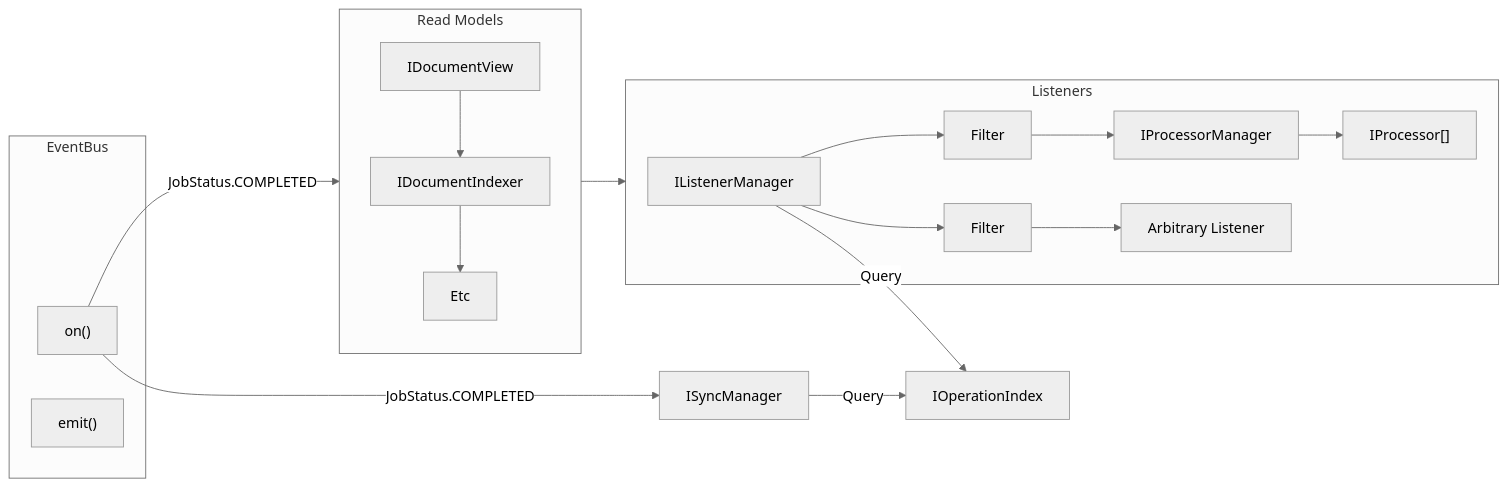
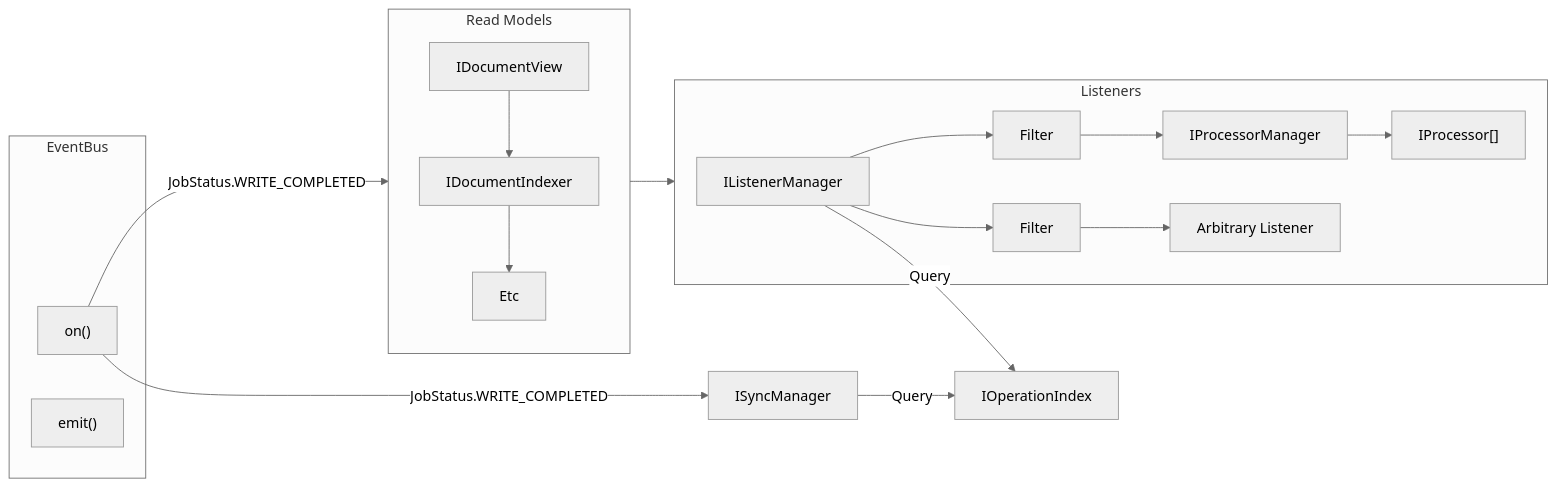
The second of 2 diagrams in packages/reactor/docs/planning/Cache/operation-index.md (powerhouse-inc/powerhouse), drawn with Mermaid (neutral theme) before and after one commit. The commit also changed other lines of this file and 27 other files, not shown here.

Commit message:
refactor: massive refactor of splitting complete event into read/write side complete events

````diff
--- a/packages/reactor/docs/planning/Cache/operation-index.md
+++ b/packages/reactor/docs/planning/Cache/operation-index.md
@@ -175,25 +175,25 @@
 ```mermaid
 flowchart LR
   subgraph EventBus
     On["on()"]
     Emit["emit()"]
   end
 
-  On -->|"JobStatus.COMPLETED"| ReadModels --> Listeners
-  On -->|"JobStatus.COMPLETED"| ISyncManager
+  On -->|"JobStatus.WRITE_COMPLETED"| ReadModels --> Listeners
+  On -->|"JobStatus.WRITE_COMPLETED"| ISyncManager
 
   subgraph ReadModels["Read Models"]
     IDocumentView --> IDocumentIndexer --> Etc
   end
 
   subgraph Listeners
     IListenerManager --> FB
     IListenerManager --> FC
 
     FB["Filter"] --> IProcessorManager --> Processors["IProcessor[]"]
     FC["Filter"] --> L["Arbitrary Listener"]
   end
 
   ISyncManager -->|Query| IOperationIndex
   IListenerManager -->|Query| IOperationIndex
 ```
````
